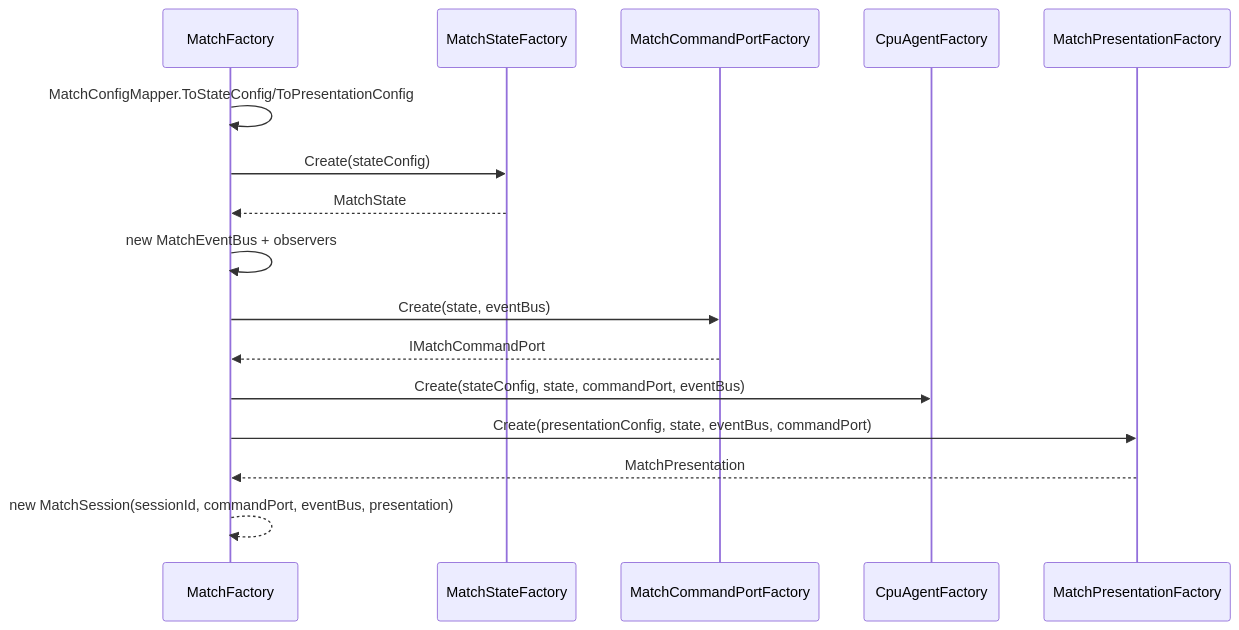
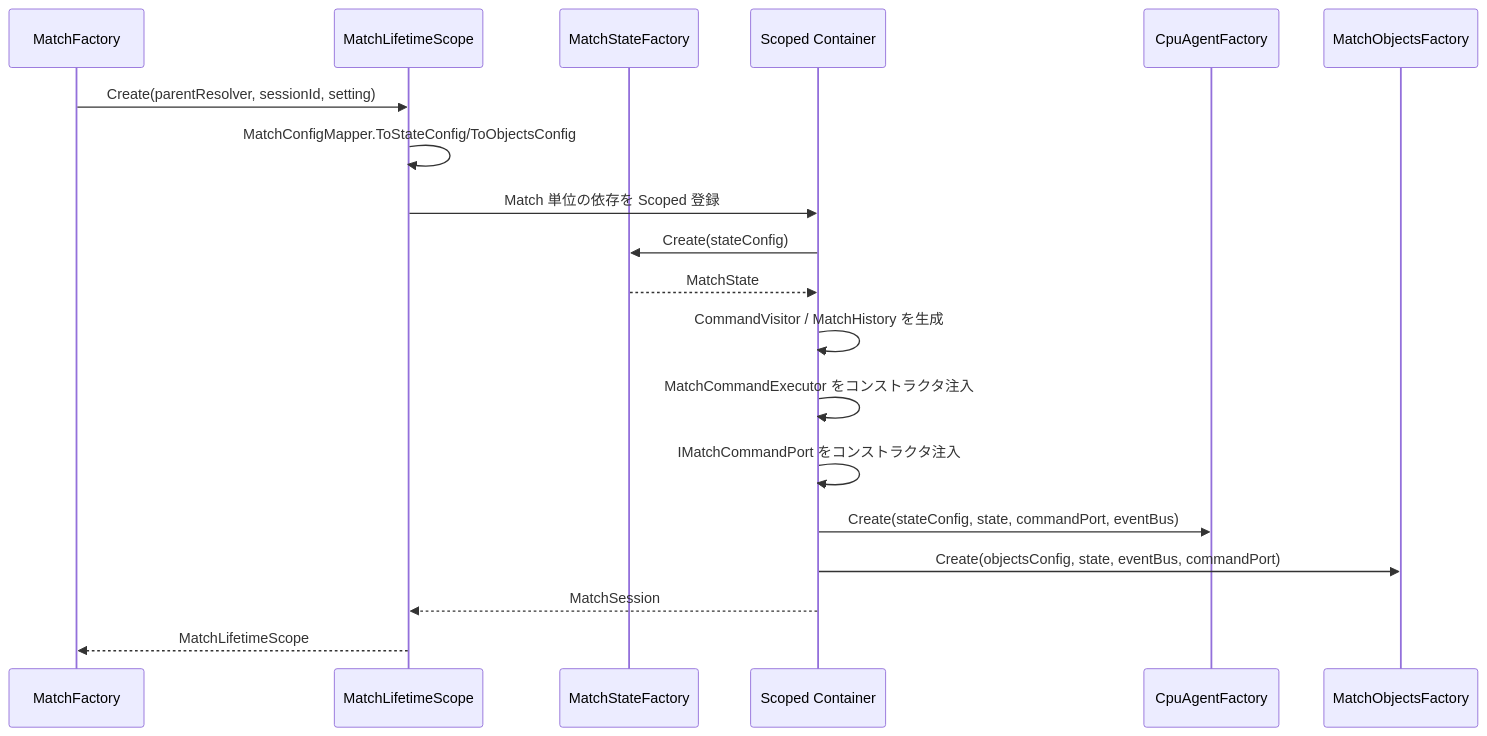
One commit to takaotokuno/unity-quoridor changed the third of 3 diagrams in docs/diagrams/application/match-composition-root.md. Above: the diagram before and after it, drawn with Mermaid. The commit also changed other lines of this file and 7 other files, not shown here.

Commit message:
Use scoped injection for match command services

````diff
--- a/docs/diagrams/application/match-composition-root.md
+++ b/docs/diagrams/application/match-composition-root.md
@@ -151,19 +153,22 @@
 ```mermaid
 sequenceDiagram
     participant Factory as MatchFactory
+    participant Scope as MatchLifetimeScope
     participant StateFactory as MatchStateFactory
-    participant CommandFactory as MatchCommandPortFactory
+    participant Container as Scoped Container
     participant CpuFactory as CpuAgentFactory
-    participant PresentationFactory as MatchPresentationFactory
+    participant PresentationFactory as MatchObjectsFactory
 
-    Factory->>Factory: MatchConfigMapper.ToStateConfig/ToPresentationConfig
-    Factory->>StateFactory: Create(stateConfig)
-    StateFactory-->>Factory: MatchState
-    Factory->>Factory: new MatchEventBus + observers
-    Factory->>CommandFactory: Create(state, eventBus)
-    CommandFactory-->>Factory: IMatchCommandPort
-    Factory->>CpuFactory: Create(stateConfig, state, commandPort, eventBus)
-    Factory->>PresentationFactory: Create(presentationConfig, state, eventBus, commandPort)
-    PresentationFactory-->>Factory: MatchPresentation
-    Factory-->>Factory: new MatchSession(sessionId, commandPort, eventBus, presentation)
+    Factory->>Scope: Create(parentResolver, sessionId, setting)
+    Scope->>Scope: MatchConfigMapper.ToStateConfig/ToObjectsConfig
+    Scope->>Container: Match 単位の依存を Scoped 登録
+    Container->>StateFactory: Create(stateConfig)
+    StateFactory-->>Container: MatchState
+    Container->>Container: CommandVisitor / MatchHistory を生成
+    Container->>Container: MatchCommandExecutor をコンストラクタ注入
+    Container->>Container: IMatchCommandPort をコンストラクタ注入
+    Container->>CpuFactory: Create(stateConfig, state, commandPort, eventBus)
+    Container->>PresentationFactory: Create(objectsConfig, state, eventBus, commandPort)
+    Container-->>Scope: MatchSession
+    Scope-->>Factory: MatchLifetimeScope
 ```
````
